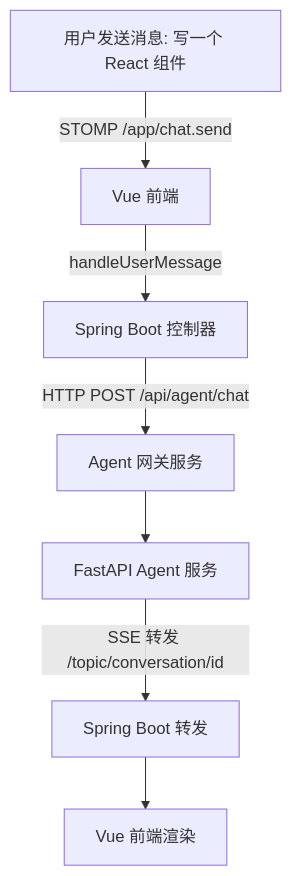
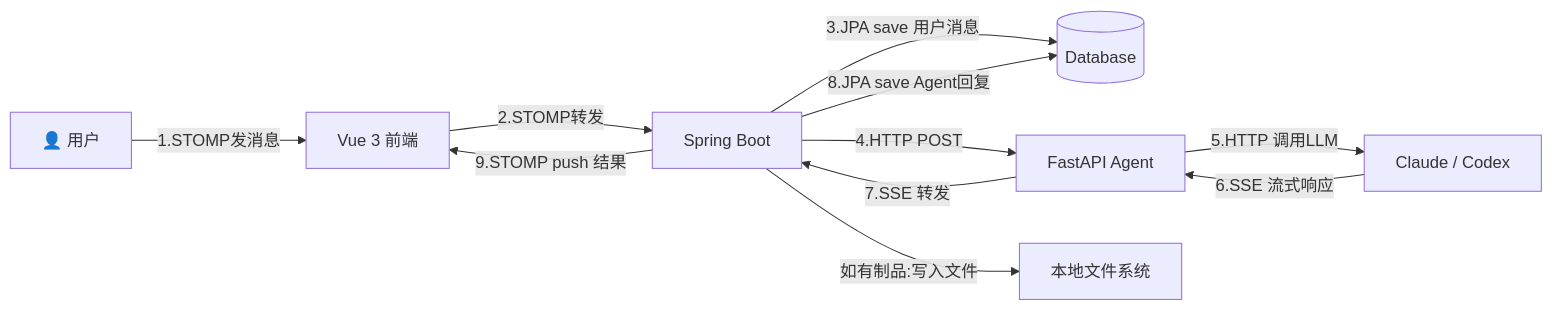
The third of 3 diagrams in docs/架构拓扑图与项目目录结构.md (IAyousa/Agenthub_demo), drawn with Mermaid before and after one commit. The commit also changed other lines of this file and 2 other files, not shown here.

````diff
--- a/docs/架构拓扑图与项目目录结构.md
+++ b/docs/架构拓扑图与项目目录结构.md
@@ -75,12 +111,21 @@
 ```mermaid
-flowchart TB
-  U[用户发送消息: 写一个 React 组件];
-  FE[Vue 前端];
-  BE1[Spring Boot 控制器];
-  BE2[Agent 网关服务];
-  AG[FastAPI Agent 服务];
-  BE3[Spring Boot 转发];
-  FE2[Vue 前端渲染];
+flowchart LR
+  U[👤 用户]
+  FE[Vue 3 前端]
+  BE[Spring Boot]
+  DB[(Database)]
+  AG[FastAPI Agent]
+  LLM[Claude / Codex]
+  FS[本地文件系统]
 
-  U -->|STOMP /app/chat.send| FE -->|handleUserMessage| BE1 -->|HTTP POST /api/agent/chat| BE2 --> AG -->|SSE 转发 /topic/conversation/id| BE3 --> FE2;
+  U -->|1.STOMP发消息| FE
+  FE -->|2.STOMP转发| BE
+  BE -->|3.JPA save 用户消息| DB
+  BE -->|4.HTTP POST| AG
+  AG -->|5.HTTP 调用LLM| LLM
+  LLM -->|6.SSE 流式响应| AG
+  AG -->|7.SSE 转发| BE
+  BE -->|8.JPA save Agent回复| DB
+  BE -->|9.STOMP push 结果| FE
+  BE -->|如有制品:写入文件| FS
 ```
````
